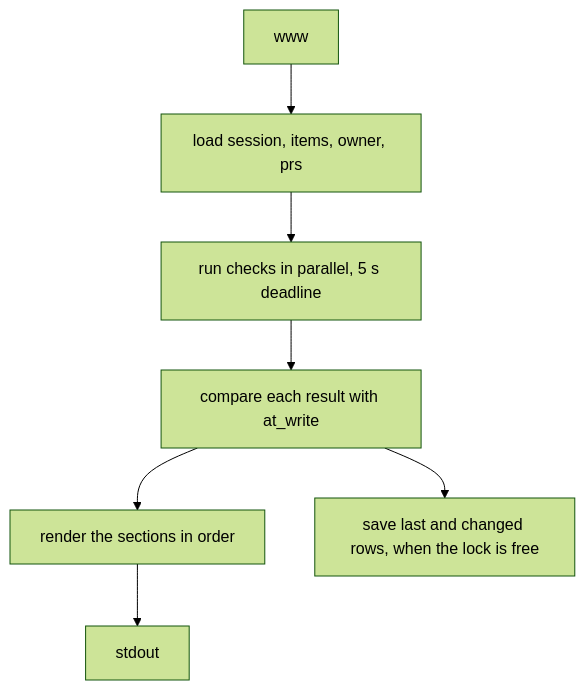
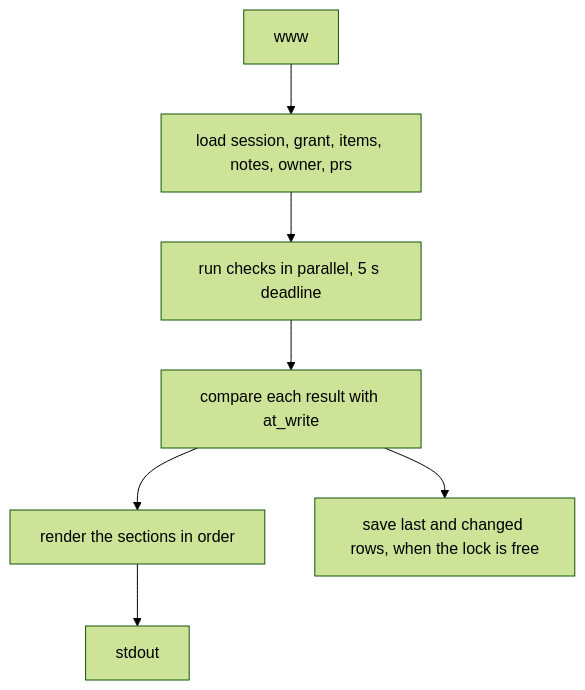
The diagram in docs/design/wherewerewe/brief.md (zgeoff/wherewerewe), drawn with Mermaid (forest theme) before and after one commit. The commit also changed other lines of this file and 8 other files, not shown here.

First line of the commit message:
docs: amend the design for notes, the grant and recap (#20)

````diff
--- a/docs/design/wherewerewe/brief.md
+++ b/docs/design/wherewerewe/brief.md
@@ -9,9 +10,9 @@
 ```mermaid
 flowchart TD
-  read[www] --> load[load session, items, owner, prs]
+  read[www] --> load[load session, grant, items, notes, owner, prs]
   load --> probe[run checks in parallel, 5 s deadline]
   probe --> diff[compare each result with at_write]
   diff --> render[render the sections in order]
   diff --> save[save last and changed rows, when the lock is free]
   render --> out[stdout]
 ```
````
